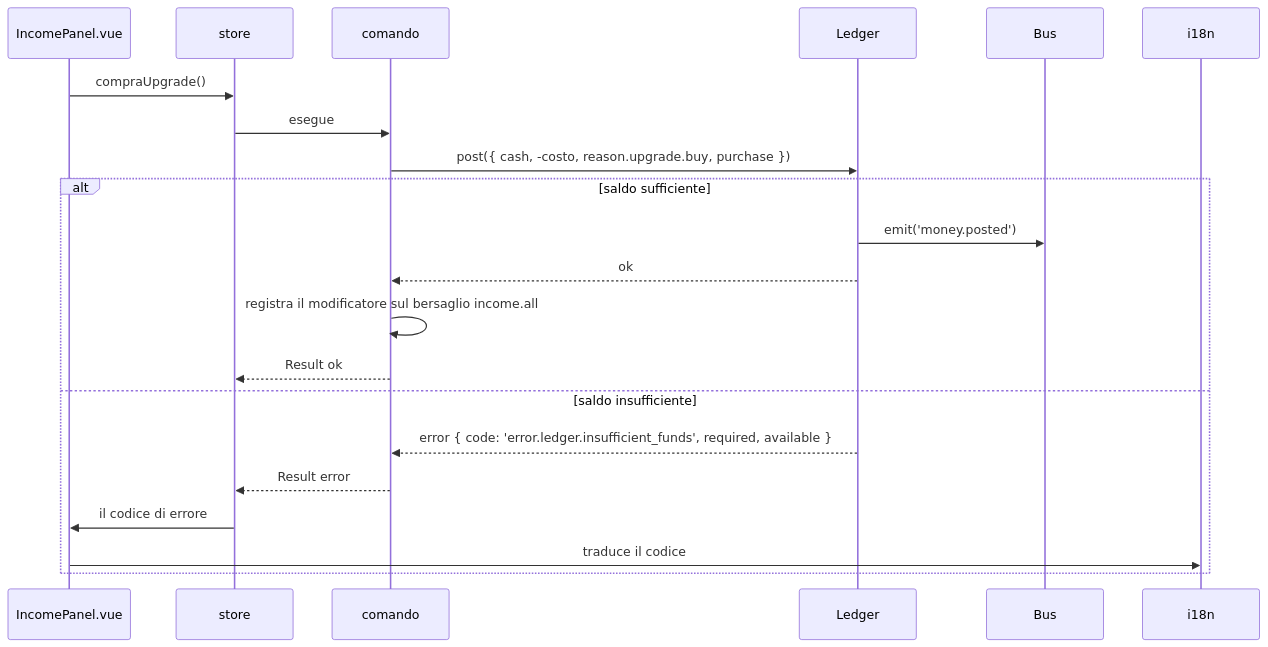
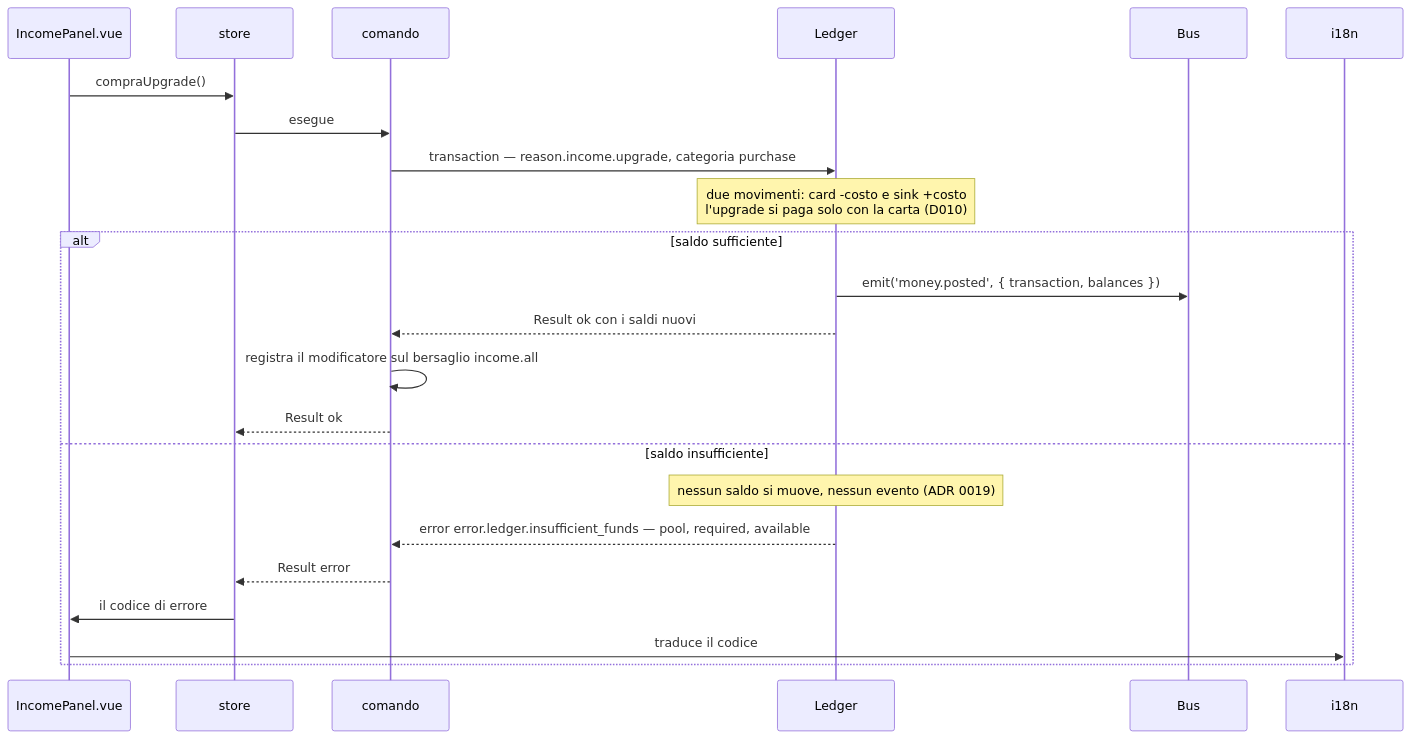
Before and after one commit to devfrx/solvent: the third of 3 diagrams in docs/design/flusso-tick.md, drawn with Mermaid. The commit also changed other lines of this file and 9 other files, not shown here.

````diff
--- a/docs/design/flusso-tick.md
+++ b/docs/design/flusso-tick.md
@@ -76,24 +83,26 @@
 ```mermaid
 sequenceDiagram
     participant C as IncomePanel.vue
     participant ST as store
     participant CMD as comando
     participant LG as Ledger
     participant B as Bus
     participant I as i18n
 
     C->>ST: compraUpgrade()
     ST->>CMD: esegue
-    CMD->>LG: post({ cash, -costo, reason.upgrade.buy, purchase })
+    CMD->>LG: transaction — reason.income.upgrade, categoria purchase
+    Note over LG: due movimenti: card -costo e sink +costo<br/>l'upgrade si paga solo con la carta (D010)
     alt saldo sufficiente
-        LG->>B: emit('money.posted')
-        LG-->>CMD: ok
+        LG->>B: emit('money.posted', { transaction, balances })
+        LG-->>CMD: Result ok con i saldi nuovi
         CMD->>CMD: registra il modificatore sul bersaglio income.all
         CMD-->>ST: Result ok
     else saldo insufficiente
-        LG-->>CMD: error { code: 'error.ledger.insufficient_funds', required, available }
+        Note over LG: nessun saldo si muove, nessun evento (ADR 0019)
+        LG-->>CMD: error error.ledger.insufficient_funds — pool, required, available
         CMD-->>ST: Result error
         ST->>C: il codice di errore
         C->>I: traduce il codice
     end
 ```
````
